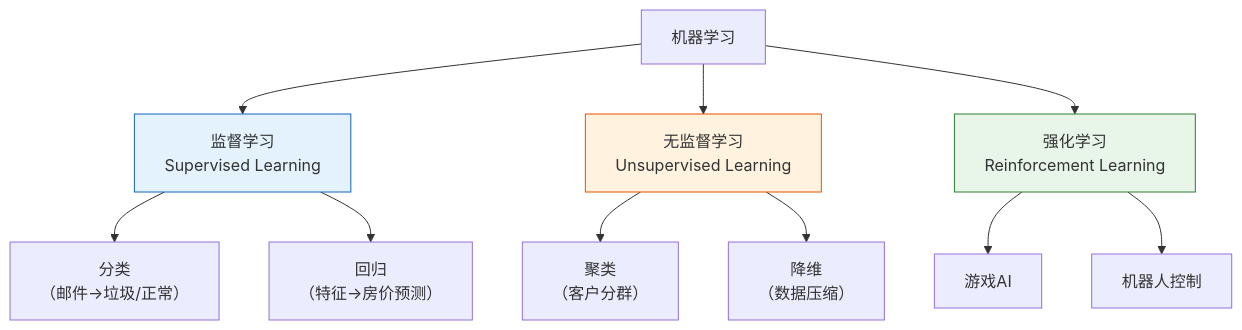
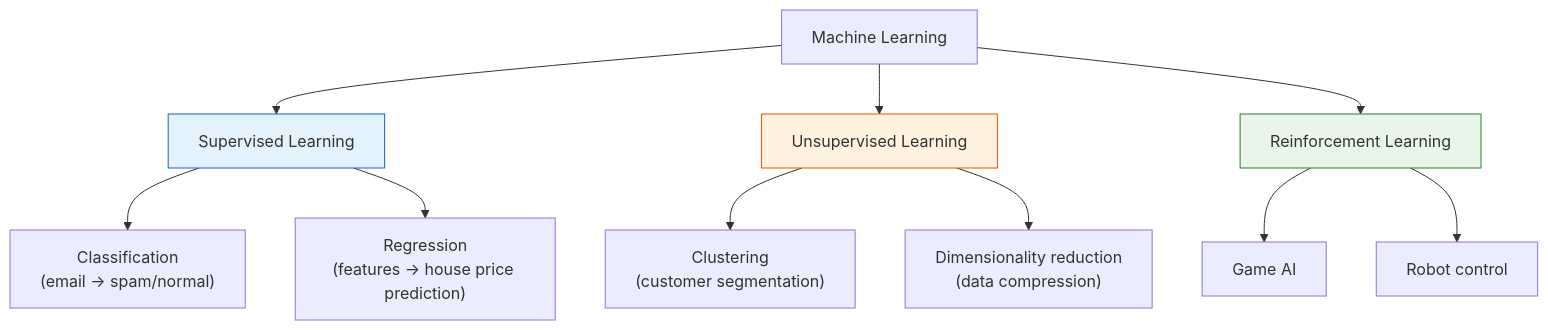
The second of 5 diagrams in docs/ch05-machine-learning/ch01-ml-basics/01-what-is-ml.md (oudbiao/AI-fullstack-course), drawn with Mermaid before and after one commit. The commit also changed other lines of this file and 1406 other files, not shown here.

````diff
--- a/docs/ch05-machine-learning/ch01-ml-basics/01-what-is-ml.md
+++ b/docs/ch05-machine-learning/ch01-ml-basics/01-what-is-ml.md
@@ -115,20 +115,20 @@
 ```mermaid
 flowchart TD
-    ML["机器学习"]
-    ML --> SL["监督学习<br/>Supervised Learning"]
-    ML --> UL["无监督学习<br/>Unsupervised Learning"]
-    ML --> RL["强化学习<br/>Reinforcement Learning"]
+    ML["Machine Learning"]
+    ML --> SL["Supervised Learning"]
+    ML --> UL["Unsupervised Learning"]
+    ML --> RL["Reinforcement Learning"]
 
-    SL --> CL["分类<br/>（邮件→垃圾/正常）"]
-    SL --> RG["回归<br/>（特征→房价预测）"]
+    SL --> CL["Classification<br/>(email → spam/normal)"]
+    SL --> RG["Regression<br/>(features → house price prediction)"]
 
-    UL --> CLU["聚类<br/>（客户分群）"]
-    UL --> DR["降维<br/>（数据压缩）"]
+    UL --> CLU["Clustering<br/>(customer segmentation)"]
+    UL --> DR["Dimensionality reduction<br/>(data compression)"]
 
-    RL --> G["游戏AI"]
-    RL --> RO["机器人控制"]
+    RL --> G["Game AI"]
+    RL --> RO["Robot control"]
 
     style SL fill:#e3f2fd,stroke:#1565c0,color:#333
     style UL fill:#fff3e0,stroke:#e65100,color:#333
     style RL fill:#e8f5e9,stroke:#2e7d32,color:#333
 ```
````
